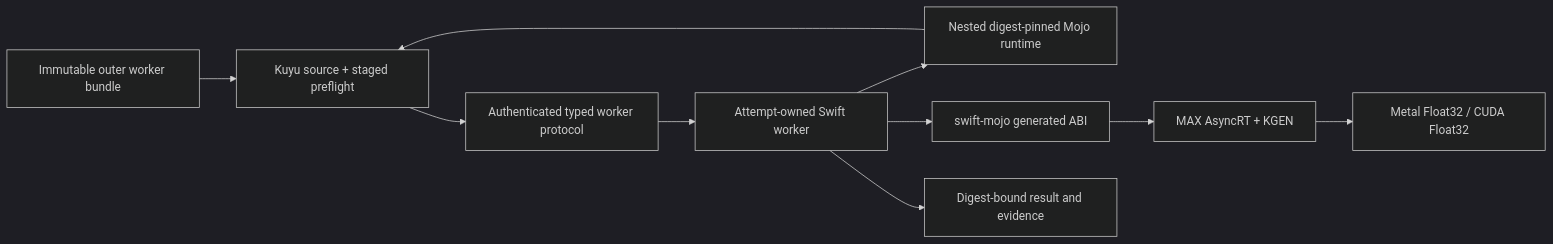
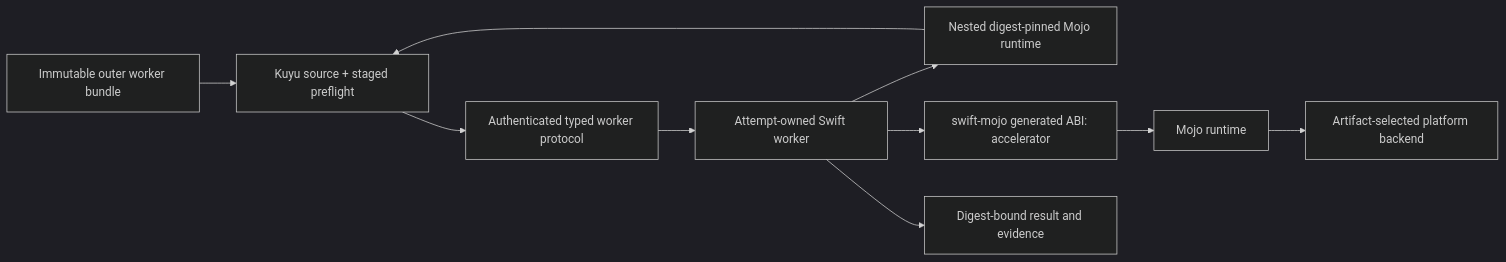
The diagram in ACCELERATOR_ARCHITECTURE.md (1amageek/kuyu-mojo), drawn with Mermaid (dark theme) before and after one commit. The commit also changed other lines of this file and 25 other files, not shown here.

Commit message:
Make Kuyu Mojo acceleration backend-neutral

````diff
--- a/ACCELERATOR_ARCHITECTURE.md
+++ b/ACCELERATOR_ARCHITECTURE.md
@@ -47,12 +52,12 @@
 ```mermaid
 flowchart LR
   Outer["Immutable outer worker bundle"] --> Preflight["Kuyu source + staged preflight"]
   Runtime["Nested digest-pinned Mojo runtime"] --> Preflight
   Preflight --> Protocol["Authenticated typed worker protocol"]
   Protocol --> Worker["Attempt-owned Swift worker"]
   Worker --> Runtime
-  Worker --> Bridge["swift-mojo generated ABI"]
-  Bridge --> MAX["MAX AsyncRT + KGEN"]
-  MAX --> Device["Metal Float32 / CUDA Float32"]
+  Worker --> Bridge["swift-mojo generated ABI: accelerator"]
+  Bridge --> Mojo["Mojo runtime"]
+  Mojo --> Device["Artifact-selected platform backend"]
   Worker --> Evidence["Digest-bound result and evidence"]
 ```
````
